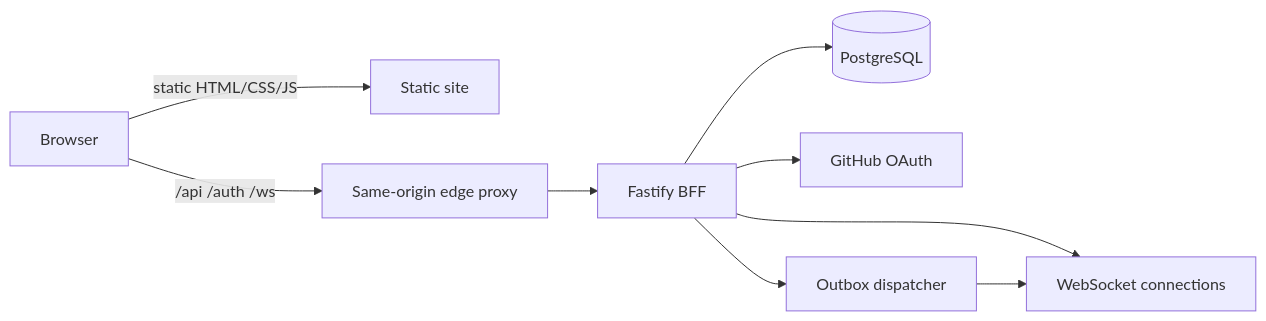
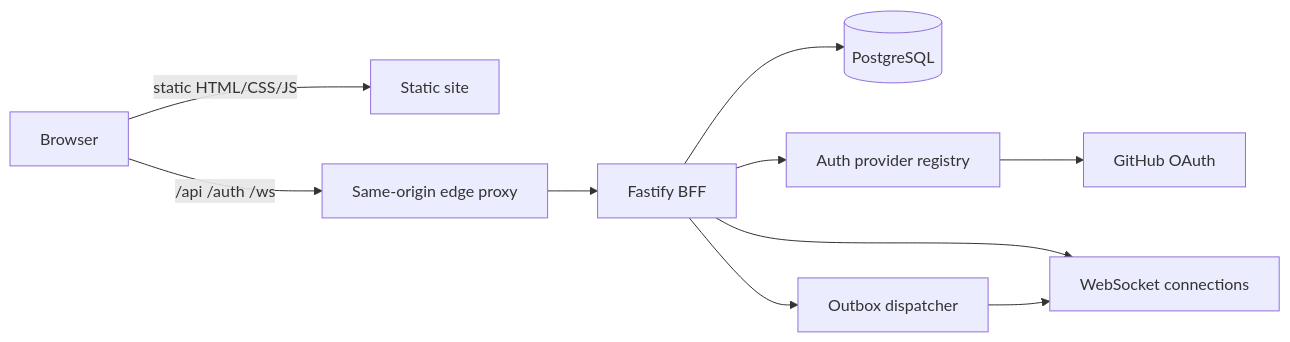
Before and after one commit to TrueMichato/ThelemarTools: the diagram in docs/hub/current-system.md, drawn with Mermaid. The commit also changed other lines of this file and 19 other files, not shown here.

First line of the commit message:
test(hub): prove registry rollout compatibility

````diff
--- a/docs/hub/current-system.md
+++ b/docs/hub/current-system.md
@@ -53,11 +53,12 @@
 ```mermaid
 flowchart LR
   Browser -->|static HTML/CSS/JS| Static[Static site]
   Browser -->|/api /auth /ws| Edge[Same-origin edge proxy]
   Edge --> BFF[Fastify BFF]
   BFF --> PG[(PostgreSQL)]
-  BFF --> GitHub[GitHub OAuth]
+  BFF --> Registry[Auth provider registry]
+  Registry --> GitHub[GitHub OAuth]
   BFF --> WS[WebSocket connections]
   BFF --> Outbox[Outbox dispatcher]
   Outbox --> WS
 ```
````
